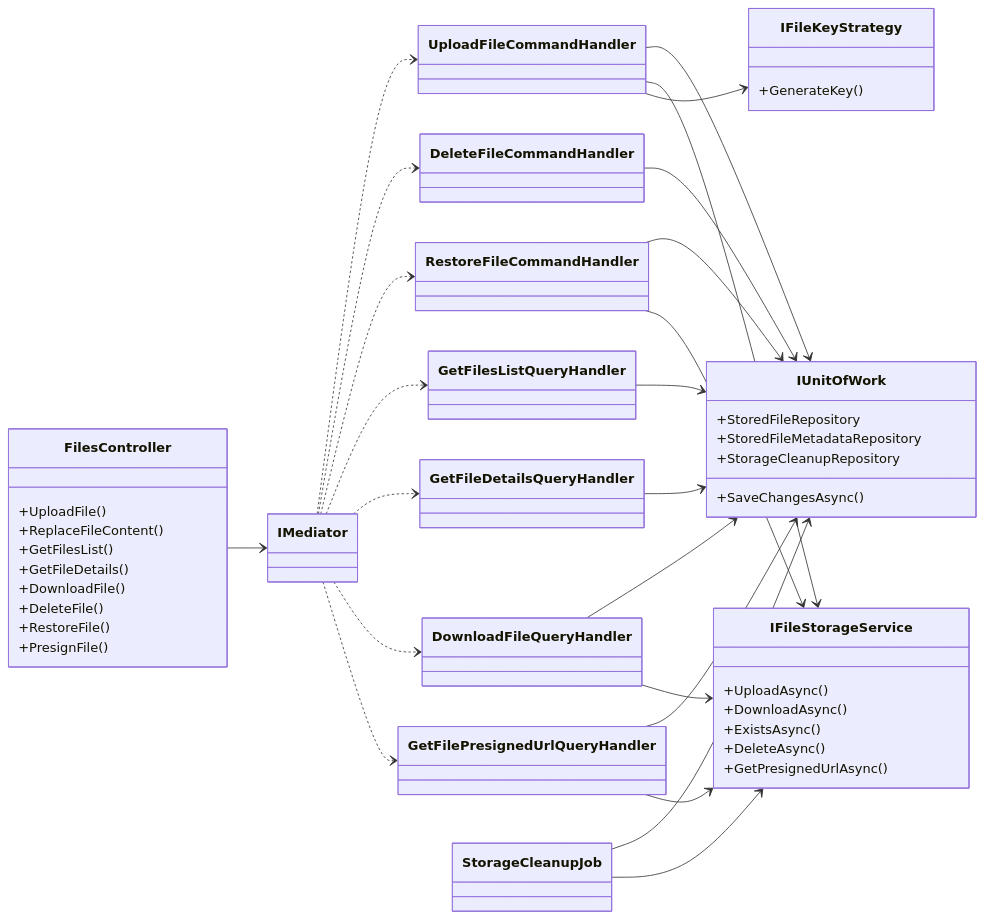
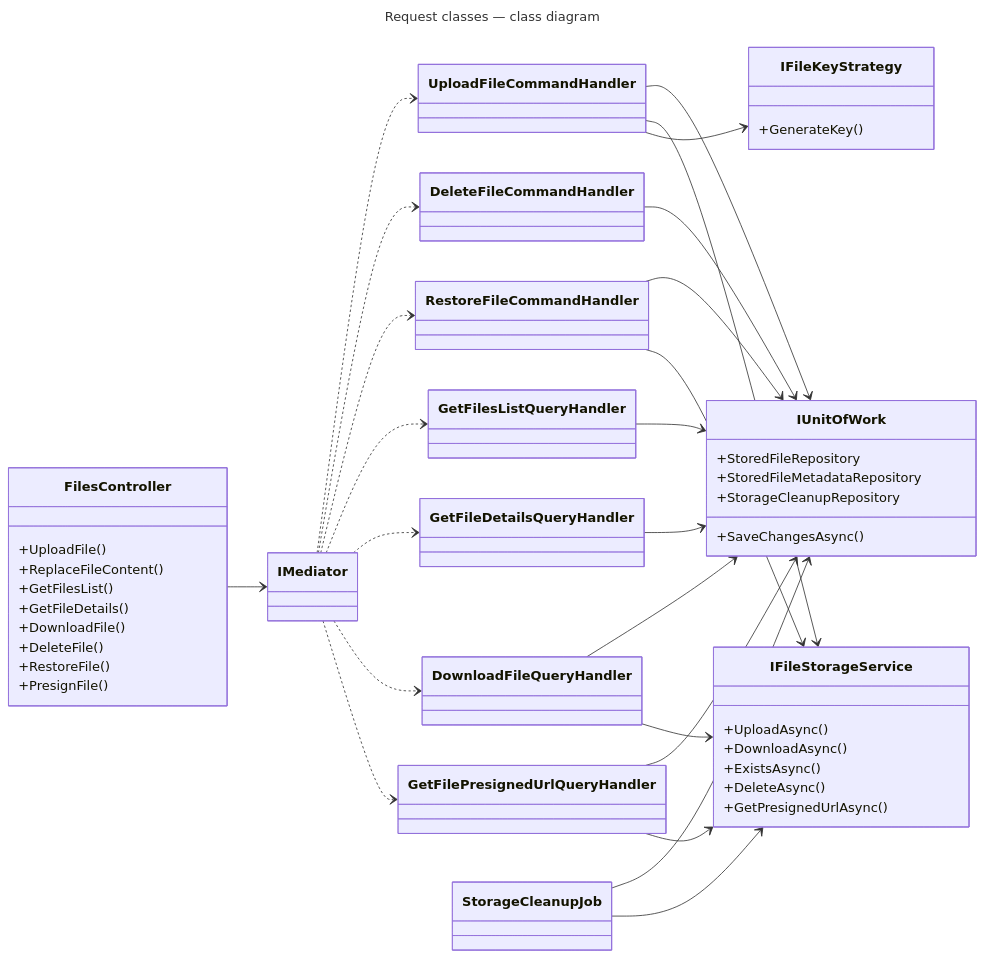
One commit to gmetskhvarishvili/GM.FileStorage.Samples changed the fifth of 6 diagrams in docs/dependencies.md. Above: the diagram before and after it, drawn with Mermaid. The commit also changed other lines of this file and 7 other files, not shown here.

First line of the commit message:
docs: name every diagram "subject — kind" and index them

````diff
--- a/docs/dependencies.md
+++ b/docs/dependencies.md
@@ -159,65 +174,68 @@
 ```mermaid
+---
+title: Request classes — class diagram
+---
 classDiagram
     direction LR
 
     class FilesController {
         +UploadFile()
         +ReplaceFileContent()
         +GetFilesList()
         +GetFileDetails()
         +DownloadFile()
         +DeleteFile()
         +RestoreFile()
         +PresignFile()
     }
     class IMediator
     class UploadFileCommandHandler
     class DeleteFileCommandHandler
     class RestoreFileCommandHandler
     class GetFilesListQueryHandler
     class GetFileDetailsQueryHandler
     class DownloadFileQueryHandler
     class GetFilePresignedUrlQueryHandler
 
     class IUnitOfWork {
         +StoredFileRepository
         +StoredFileMetadataRepository
         +StorageCleanupRepository
         +SaveChangesAsync()
     }
     class IFileStorageService {
         +UploadAsync()
         +DownloadAsync()
         +ExistsAsync()
         +DeleteAsync()
         +GetPresignedUrlAsync()
     }
     class IFileKeyStrategy {
         +GenerateKey()
     }
     class StorageCleanupJob
 
     FilesController --> IMediator
     IMediator ..> UploadFileCommandHandler
     IMediator ..> DeleteFileCommandHandler
     IMediator ..> RestoreFileCommandHandler
     IMediator ..> GetFilesListQueryHandler
     IMediator ..> GetFileDetailsQueryHandler
     IMediator ..> DownloadFileQueryHandler
     IMediator ..> GetFilePresignedUrlQueryHandler
 
     UploadFileCommandHandler --> IUnitOfWork
     UploadFileCommandHandler --> IFileStorageService
     UploadFileCommandHandler --> IFileKeyStrategy
     DeleteFileCommandHandler --> IUnitOfWork
     RestoreFileCommandHandler --> IUnitOfWork
     RestoreFileCommandHandler --> IFileStorageService
     GetFilesListQueryHandler --> IUnitOfWork
     GetFileDetailsQueryHandler --> IUnitOfWork
     DownloadFileQueryHandler --> IUnitOfWork
     DownloadFileQueryHandler --> IFileStorageService
     GetFilePresignedUrlQueryHandler --> IUnitOfWork
     GetFilePresignedUrlQueryHandler --> IFileStorageService
     StorageCleanupJob --> IUnitOfWork
     StorageCleanupJob --> IFileStorageService
 ```
````
